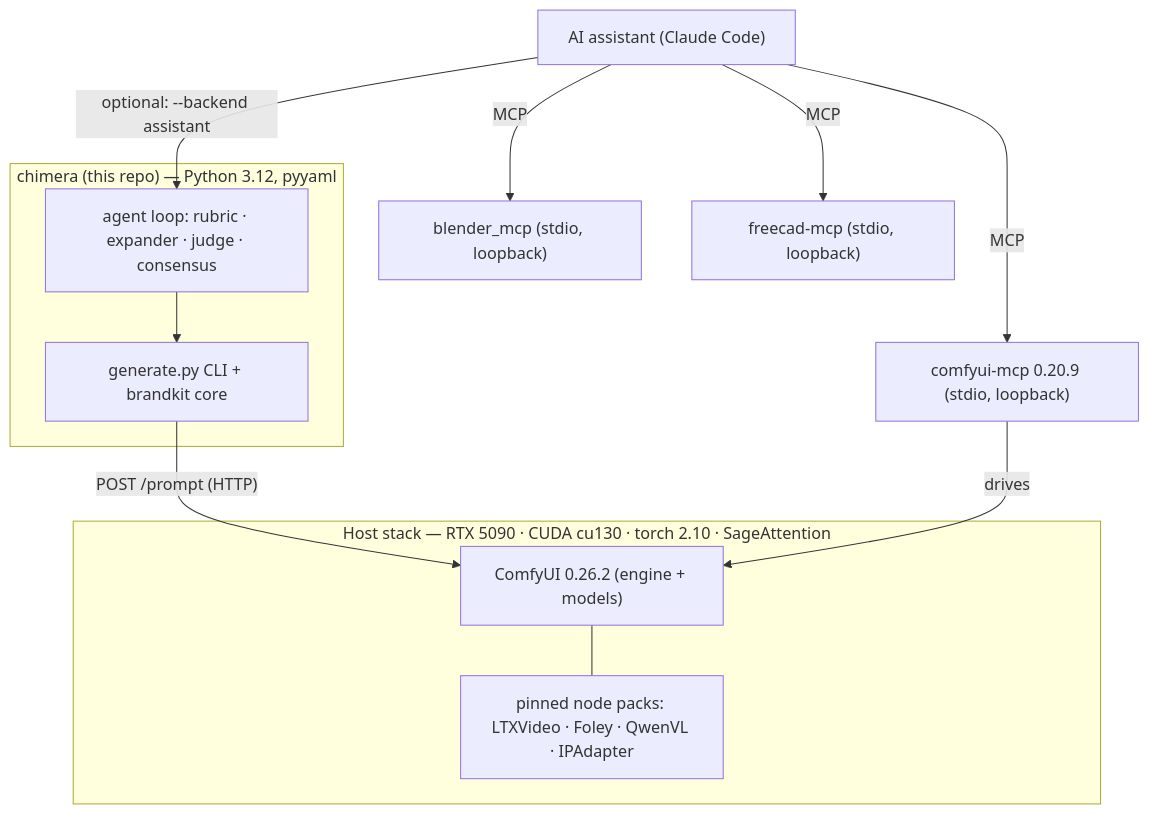
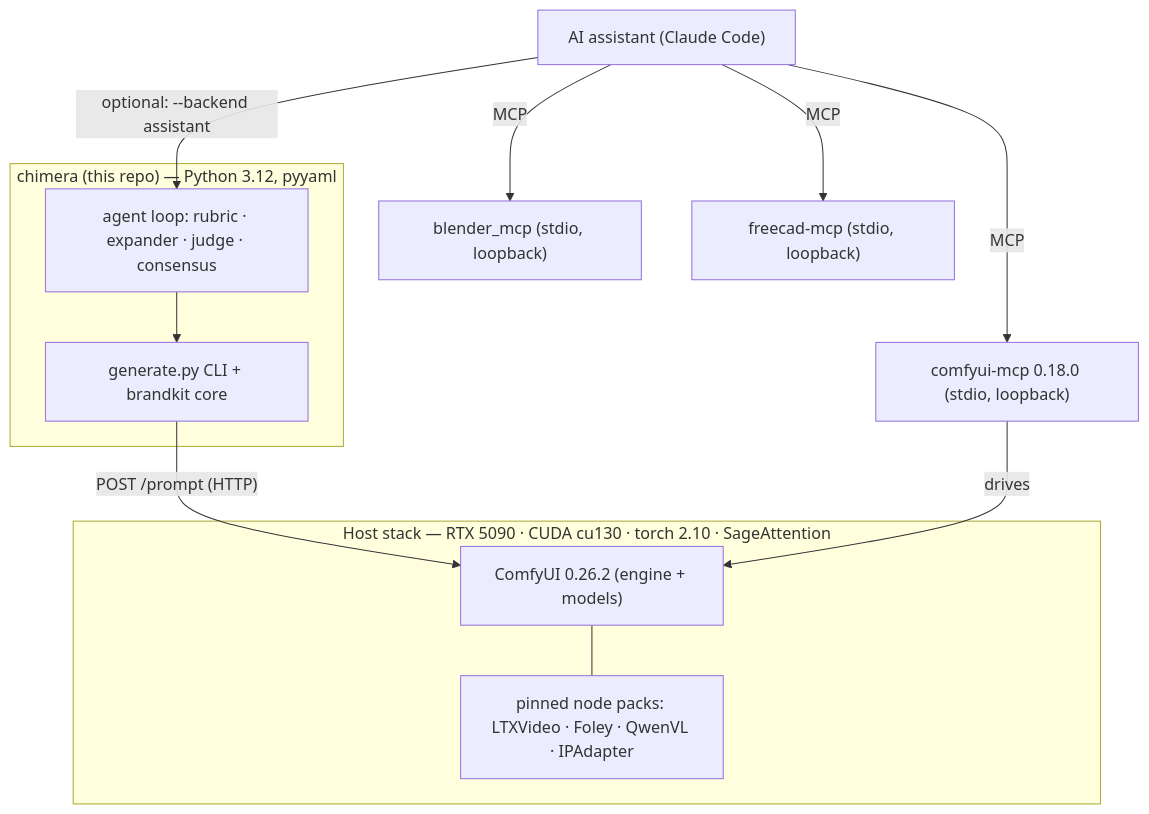
Before and after one commit to whartons/Chimera: the diagram in docs/STACK.md, drawn with Mermaid. The commit also changed other lines of this file and 5 other files, not shown here.

First line of the commit message:
fix(mcp): restore ComfyUI MCP connection; hold comfyui-mcp on 0.18.0

````diff
--- a/docs/STACK.md
+++ b/docs/STACK.md
@@ -12,22 +12,22 @@
 ```mermaid
 flowchart TD
     subgraph host["Host stack — RTX 5090 · CUDA cu130 · torch 2.10 · SageAttention"]
         comfy["ComfyUI 0.26.2 (engine + models)"]
         packs["pinned node packs: LTXVideo · Foley · QwenVL · IPAdapter"]
         comfy --- packs
     end
     subgraph chimera["chimera (this repo) — Python 3.12, pyyaml"]
         cli["generate.py CLI + brandkit core"]
         agent["agent loop: rubric · expander · judge · consensus"]
     end
-    mcp["comfyui-mcp 0.20.9 (stdio, loopback)"]
+    mcp["comfyui-mcp 0.18.0 (stdio, loopback)"]
     cli -->|"POST /prompt (HTTP)"| comfy
     agent --> cli
     mcp -->|drives| comfy
     assistant["AI assistant (Claude Code)"] -->|MCP| mcp
     blender["blender_mcp (stdio, loopback)"]
     freecad["freecad-mcp (stdio, loopback)"]
     assistant -->|MCP| blender
     assistant -->|MCP| freecad
     assistant -->|"optional: --backend assistant"| agent
 ```
````
